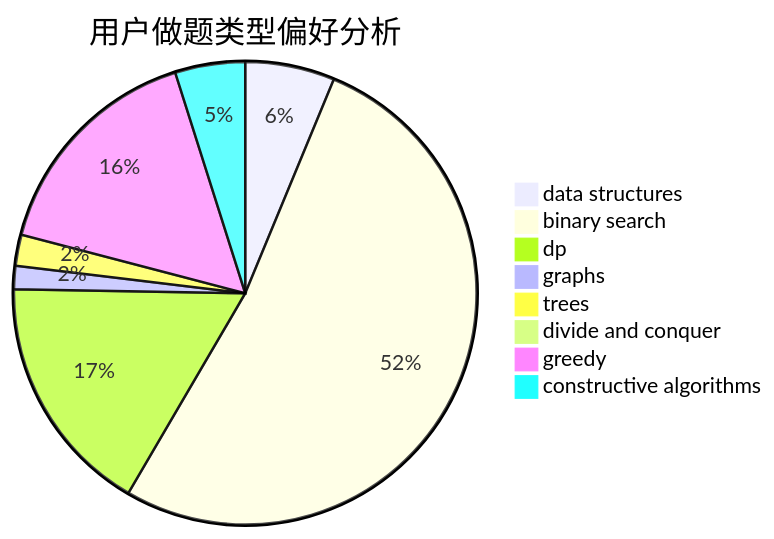
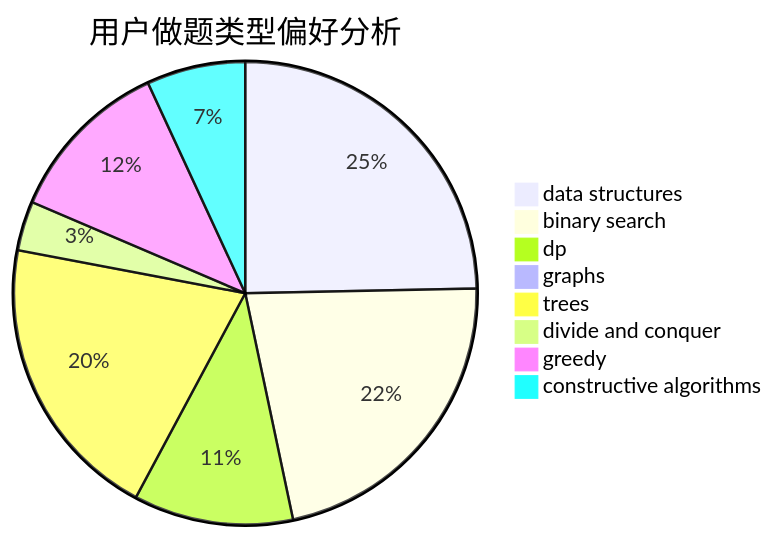
Before and after one commit to sherpahu/cfrs.github.io: the second of 3 diagrams in docs/user/u2179.md, drawn with Mermaid. The commit also changed other lines of this file and 2770 other files, not shown here.

````diff
--- a/docs/user/u2179.md
+++ b/docs/user/u2179.md
@@ -23,11 +23,11 @@
 ```mermaid
 pie title 用户做题类型偏好分析
-    "data structures" :  23
-    "binary search" :  192
-    "dp" :  62
-    "graphs" :  6
-    "trees" :  8
-    "divide and conquer" :  0
-    "greedy" :  59
-    "constructive algorithms" :  18
+    "data structures" :  93
+    "binary search" :  83
+    "dp" :  42
+    "graphs" :  2
+    "trees" :  76
+    "divide and conquer" :  13
+    "greedy" :  44
+    "constructive algorithms" :  26
 ```
````
